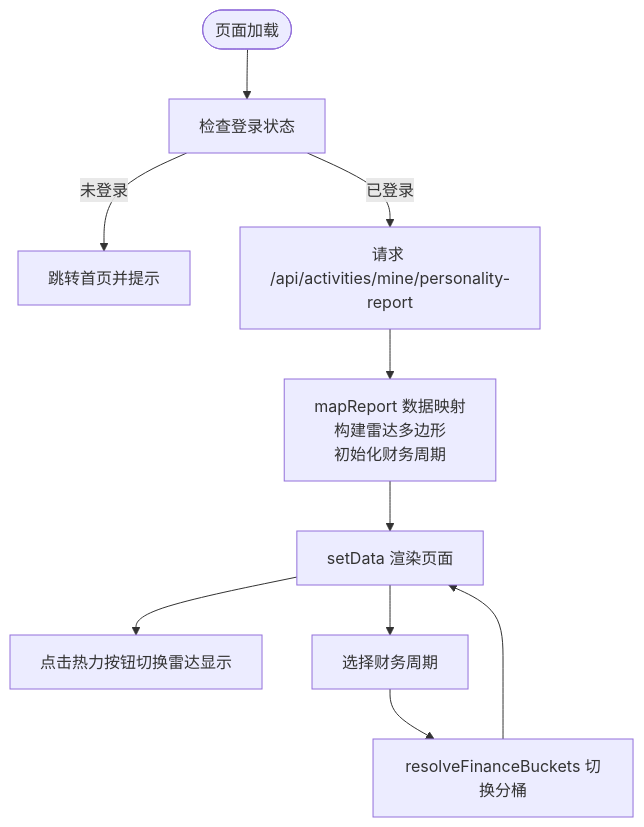
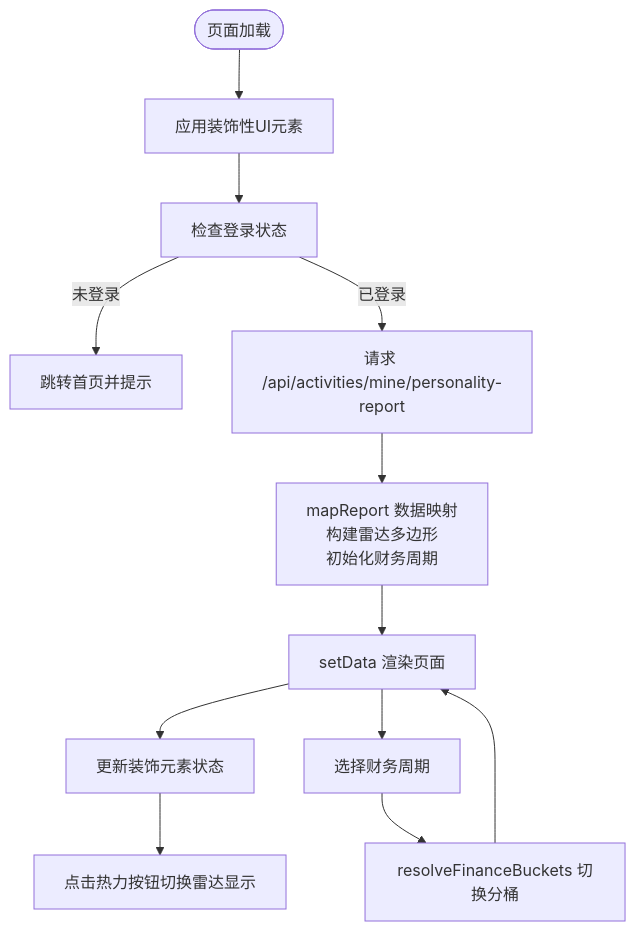
One commit to cwxiao/zugeju changed the third of 8 diagrams in .qoder/repowiki/zh/content/前端开发/页面组件开发/个人画像页面开发.md. Above: the diagram before and after it, drawn with Mermaid. The commit also changed other lines of this file and 39 other files, not shown here.

First line of the commit message:
前端优化：压缩UI装饰图至38KB + 精简各页面冗余文案

````diff
--- a/.qoder/repowiki/zh/content/前端开发/页面组件开发/个人画像页面开发.md
+++ b/.qoder/repowiki/zh/content/前端开发/页面组件开发/个人画像页面开发.md
@@ -146,12 +177,14 @@
 ```mermaid
 flowchart TD
-Start(["页面加载"]) --> CheckLogin["检查登录状态"]
+Start(["页面加载"]) --> ApplyDecorations["应用装饰性UI元素"]
+ApplyDecorations --> CheckLogin["检查登录状态"]
 CheckLogin --> |未登录| Redirect["跳转首页并提示"]
 CheckLogin --> |已登录| Fetch["请求 /api/activities/mine/personality-report"]
 Fetch --> MapData["mapReport 数据映射<br/>构建雷达多边形<br/>初始化财务周期"]
 MapData --> Render["setData 渲染页面"]
-Render --> Toggle["点击热力按钮切换雷达显示"]
+Render --> UpdateDecorations["更新装饰元素状态"]
+UpdateDecorations --> Toggle["点击热力按钮切换雷达显示"]
 Render --> PeriodSelect["选择财务周期"]
 PeriodSelect --> UpdateBuckets["resolveFinanceBuckets 切换分桶"]
 UpdateBuckets --> Render
 ```
````
